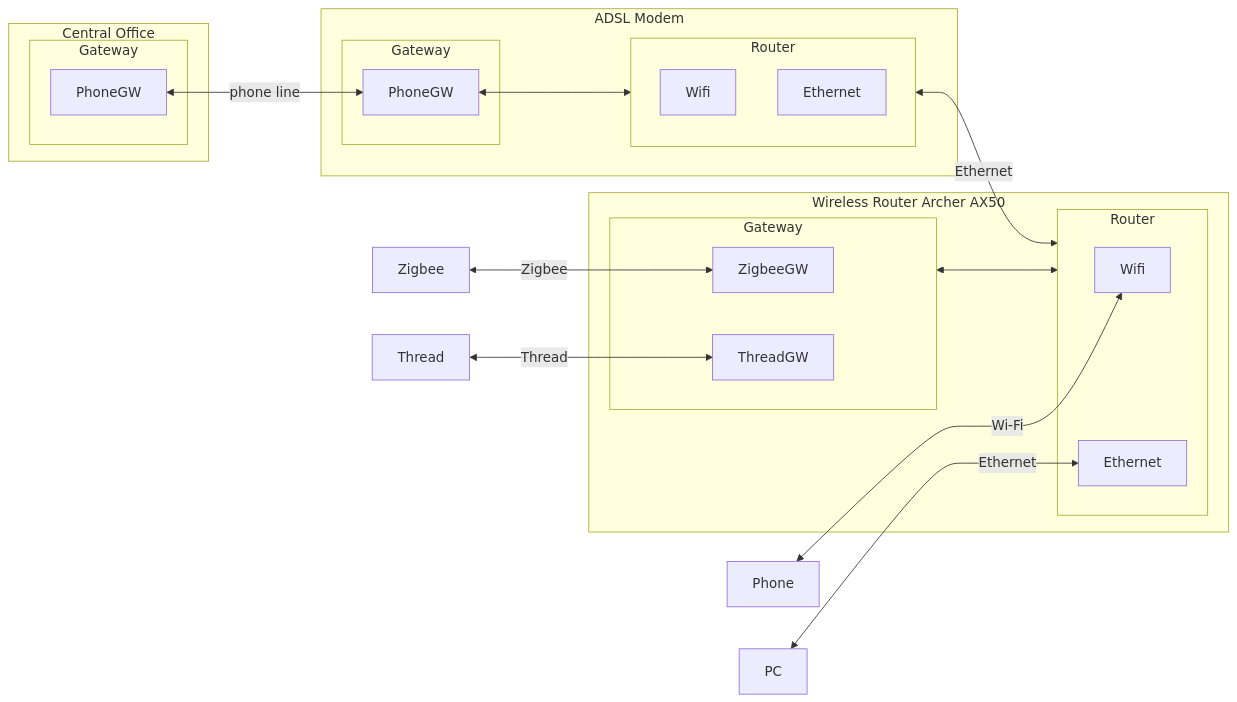
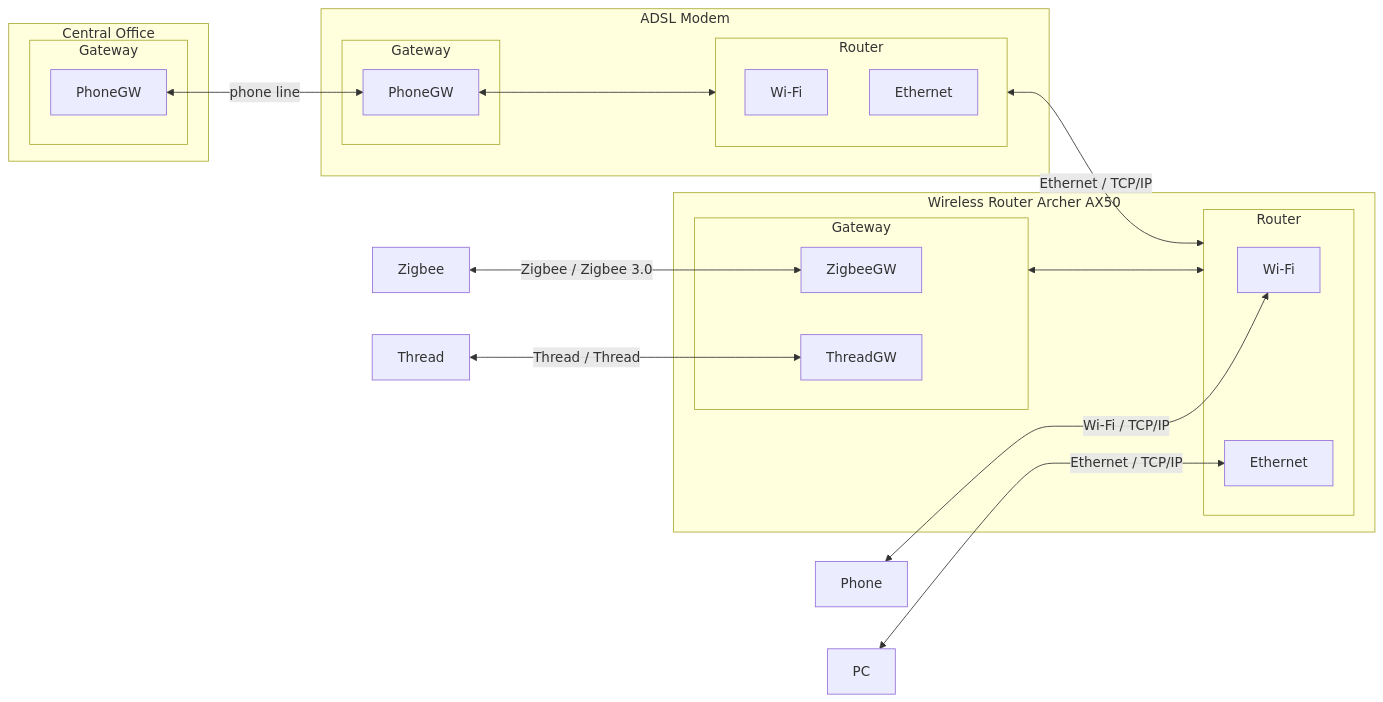
One commit to lankahsu520/HelperX changed the fifth of 5 diagrams in helper_IoT.md. Above: the diagram before and after it, drawn with Mermaid. The commit also changed other lines of this file, not shown here.

````diff
--- a/helper_IoT.md
+++ b/helper_IoT.md
@@ -88,44 +88,44 @@
 ```mermaid
 flowchart LR
 	subgraph Office["Central Office"]
 		subgraph GatewayO[Gateway]
 			PhoneO[PhoneGW]
 		end
 	end
 	subgraph Modem["ADSL Modem"]
 		subgraph RouterM[Router]
-			RouterWiFiM[Wifi]
+			RouterWiFiM[Wi-Fi]
 			RouterLanM[Ethernet]
 		end
 		subgraph GatewayM[Gateway]
     	PhoneM[PhoneGW]
 		end
     PhoneM<-->RouterM
 	end
 	subgraph A["Wireless Router Archer AX50"]
 		subgraph RouterA[Router]
-			RouterWiFiA[Wifi]
+			RouterWiFiA[Wi-Fi]
 			RouterLanA[Ethernet]
 		end
 		subgraph GatewayA[Gateway]
 			ZigbeeGWA[ZigbeeGW]
 			ThreadGWA[ThreadGW]
 		end
 		GatewayA<-->RouterA
 	end
 
 PC[PC]
 Phone[Phone]
 Zigbee[Zigbee]
 Thread[Thread]
 
-Zigbee <--> |Zigbee|ZigbeeGWA
-Thread <--> |Thread|ThreadGWA
+Zigbee <--> |Zigbee / Zigbee 3.0|ZigbeeGWA
+Thread <--> |Thread / Thread|ThreadGWA
 
-PC <--> |Ethernet|RouterLanA
-Phone <--> |Wi-Fi|RouterWiFiA
+PC <--> |Ethernet / TCP/IP|RouterLanA
+Phone <--> |Wi-Fi / TCP/IP|RouterWiFiA
 
-RouterM <--> |Ethernet|RouterA
+RouterM <--> |Ethernet / TCP/IP|RouterA
 
 PhoneO <--> |phone line|PhoneM
 ```
````
